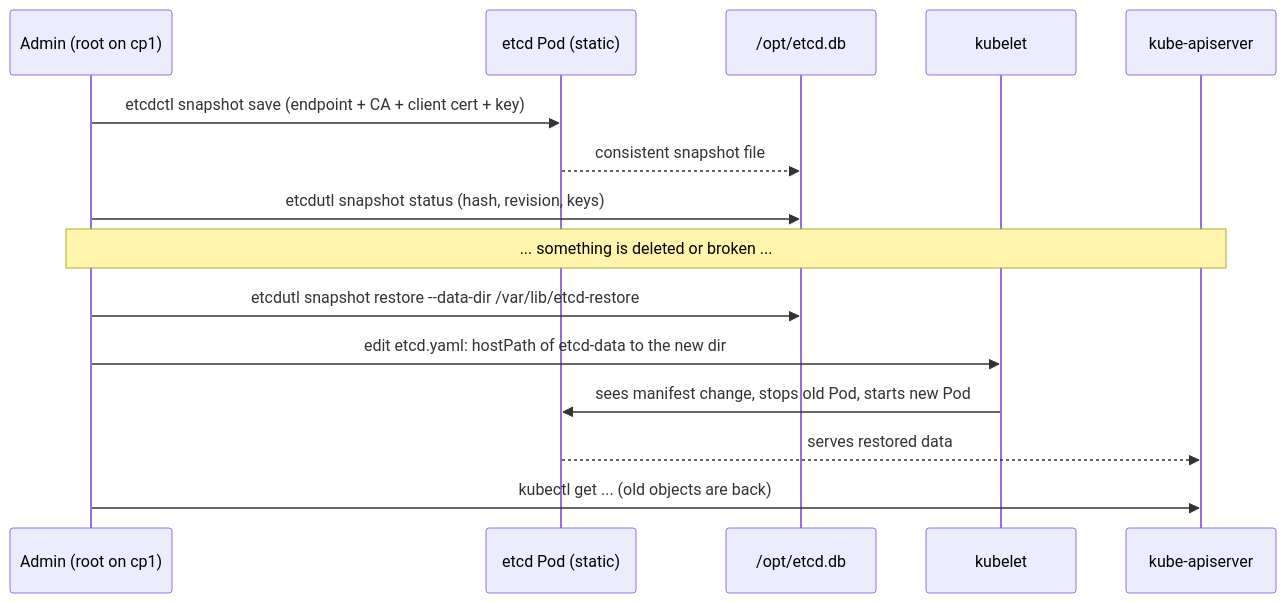
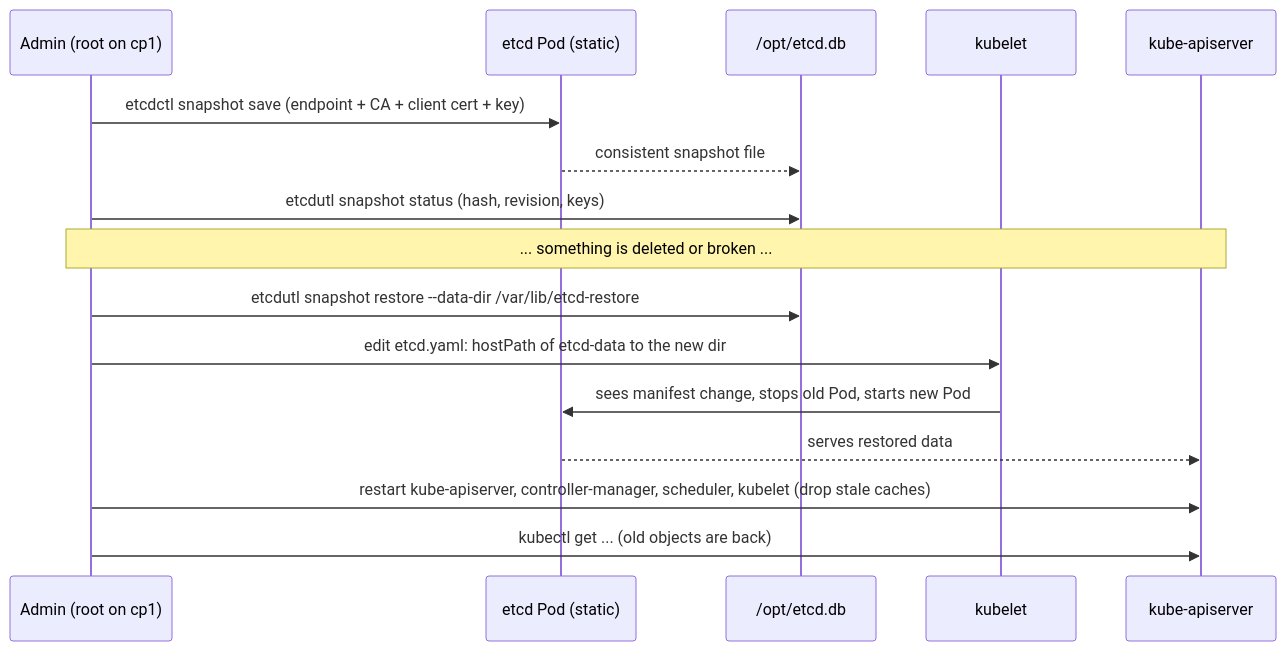
Before and after one commit to zainulhasan/cka: the second of 2 diagrams in guide/part4-cka/T4.04-manage-the-lifecycle-of-kubernetes-clusters.md, drawn with Mermaid. The commit also changed other lines of this file and 7 other files, not shown here.

````diff
--- a/guide/part4-cka/T4.04-manage-the-lifecycle-of-kubernetes-clusters.md
+++ b/guide/part4-cka/T4.04-manage-the-lifecycle-of-kubernetes-clusters.md
@@ -478,17 +487,18 @@
 ```mermaid
 sequenceDiagram
     participant Admin as Admin (root on cp1)
     participant Etcd as etcd Pod (static)
     participant Disk as /opt/etcd.db
     participant Kubelet as kubelet
     participant API as kube-apiserver
     Admin->>Etcd: etcdctl snapshot save (endpoint + CA + client cert + key)
     Etcd-->>Disk: consistent snapshot file
     Admin->>Disk: etcdutl snapshot status (hash, revision, keys)
     Note over Admin,API: ... something is deleted or broken ...
     Admin->>Disk: etcdutl snapshot restore --data-dir /var/lib/etcd-restore
     Admin->>Kubelet: edit etcd.yaml: hostPath of etcd-data to the new dir
     Kubelet->>Etcd: sees manifest change, stops old Pod, starts new Pod
     Etcd-->>API: serves restored data
+    Admin->>API: restart kube-apiserver, controller-manager, scheduler, kubelet (drop stale caches)
     Admin->>API: kubectl get ... (old objects are back)
 ```
````
